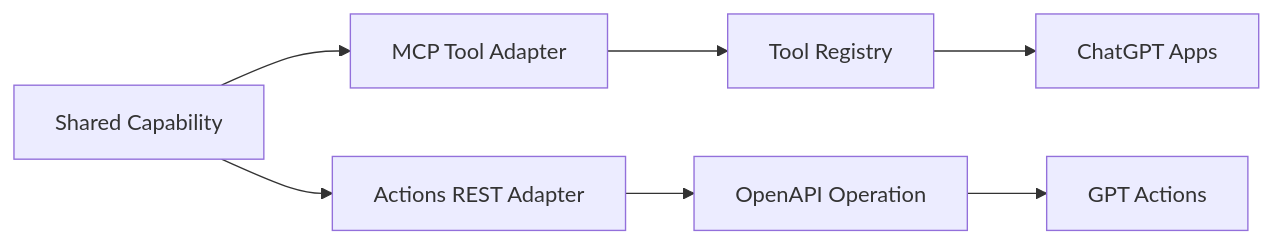
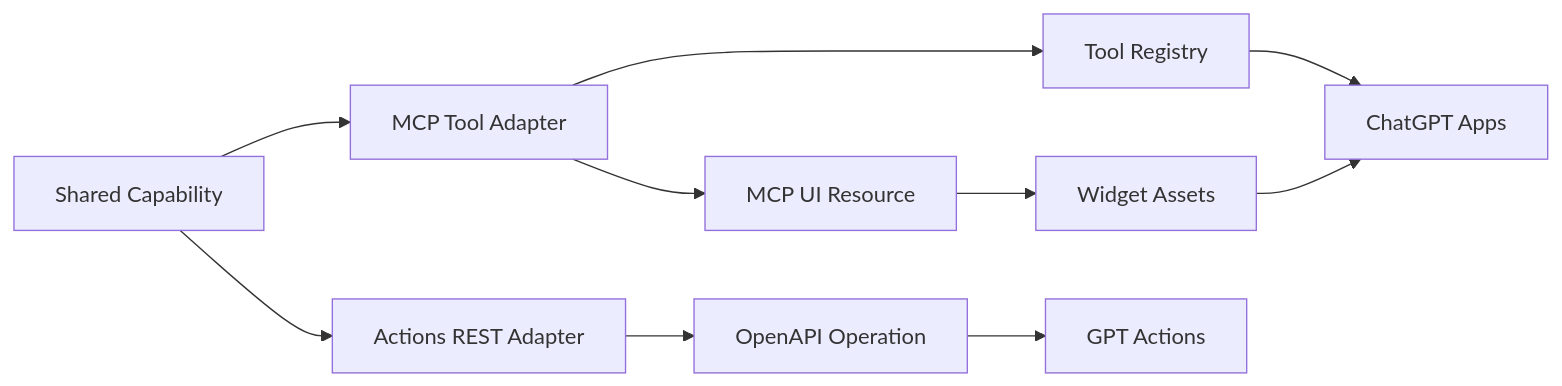
One commit to jmillpps/encore-mcp-base changed the diagram in docs/architecture/capabilities.md. Above: the diagram before and after it, drawn with Mermaid. The commit also changed other lines of this file and 7 other files, not shown here.

Commit message:
Document MCP widget framework runtime shape

````diff
--- a/docs/architecture/capabilities.md
+++ b/docs/architecture/capabilities.md
@@ -58,9 +59,12 @@
 ```mermaid
 flowchart LR
   Shared["Shared Capability"] --> McpAdapter["MCP Tool Adapter"]
   Shared --> ActionsAdapter["Actions REST Adapter"]
   McpAdapter --> McpRegistry["Tool Registry"]
+  McpAdapter --> UiResource["MCP UI Resource"]
+  UiResource --> WidgetAssets["Widget Assets"]
   ActionsAdapter --> OpenApi["OpenAPI Operation"]
   McpRegistry --> ChatGptApps["ChatGPT Apps"]
+  WidgetAssets --> ChatGptApps
   OpenApi --> ChatGptActions["GPT Actions"]
 ```
````
